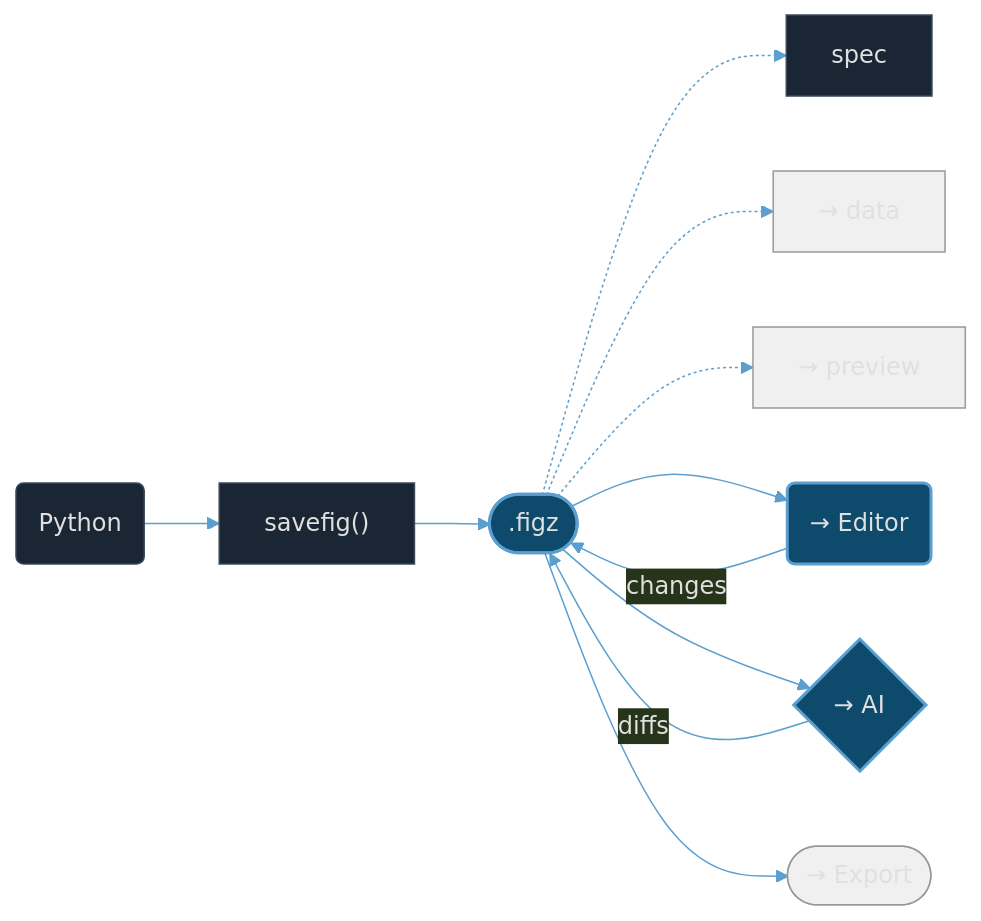
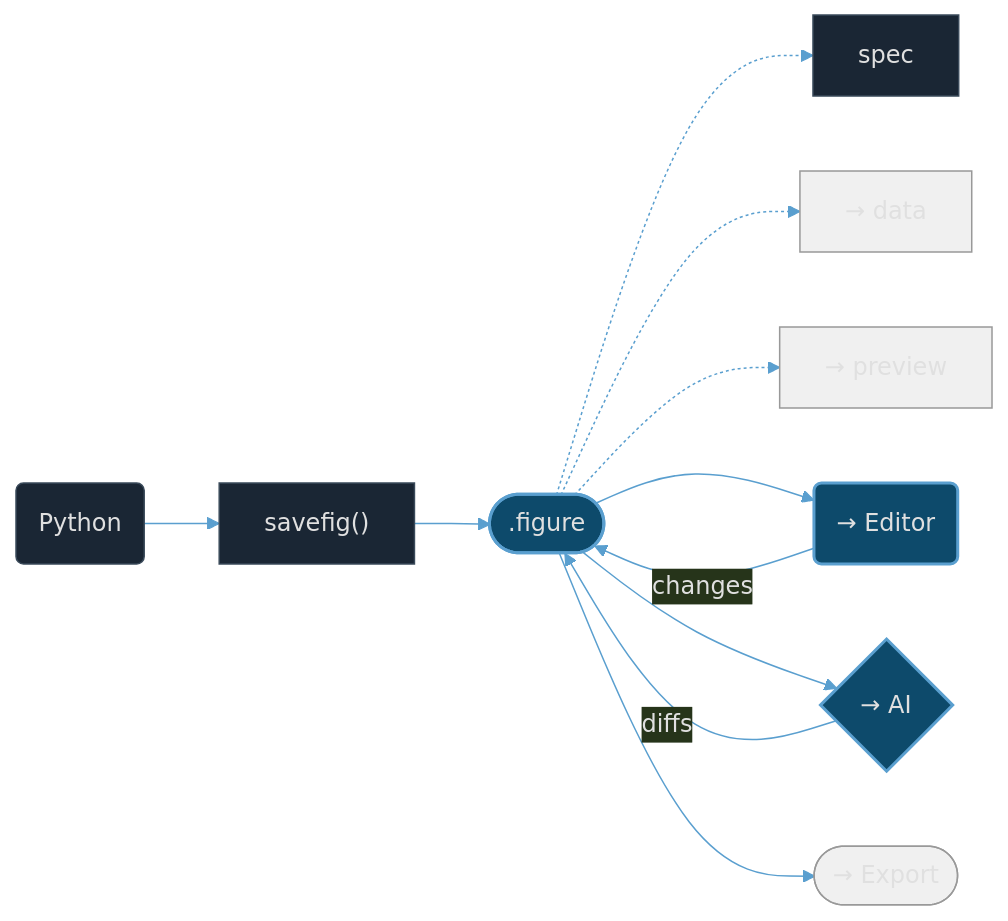
The diagram in src/scitex/diagram/.dev/output/workflow_split_A.mmd (ywatanabe1989/scitex-python), drawn with Mermaid before and after one commit. The commit also changed 93 other files, not shown here.

```diff
--- a/src/scitex/diagram/.dev/output/workflow_split_A.mmd
+++ b/src/scitex/diagram/.dev/output/workflow_split_A.mmd
@@ -1,27 +1,27 @@
 %%{init: {"theme": "base", "themeVariables": {"primaryColor": "#1a2634", "primaryTextColor": "#e0e0e0", "primaryBorderColor": "#3a4a5a", "lineColor": "#5a9fcf"}}}%%
 graph LR
     python_code("Python")
     savefig["savefig()"]
-    figz_bundle([".figz"])
+    figz_bundle([".figure"])
     spec_json["spec"]
     preview["→ preview"]
     ai_review{"→ AI"}
     data_csv["→ data"]
     export(["→ Export"])
     editor("→ Editor")
     python_code --> savefig
     savefig --> figz_bundle
     figz_bundle -.-> spec_json
     figz_bundle -.-> data_csv
     figz_bundle -.-> preview
     figz_bundle --> editor
     editor -->|"changes"| figz_bundle
     figz_bundle --> ai_review
     ai_review -->|"diffs"| figz_bundle
     figz_bundle --> export
     style figz_bundle fill:#0d4a6b,stroke:#5a9fcf,stroke-width:2px
     style preview fill:#f0f0f0,stroke:#999999
     style ai_review fill:#0d4a6b,stroke:#5a9fcf,stroke-width:2px
     style data_csv fill:#f0f0f0,stroke:#999999
     style export fill:#f0f0f0,stroke:#999999
     style editor fill:#0d4a6b,stroke:#5a9fcf,stroke-width:2px
```
